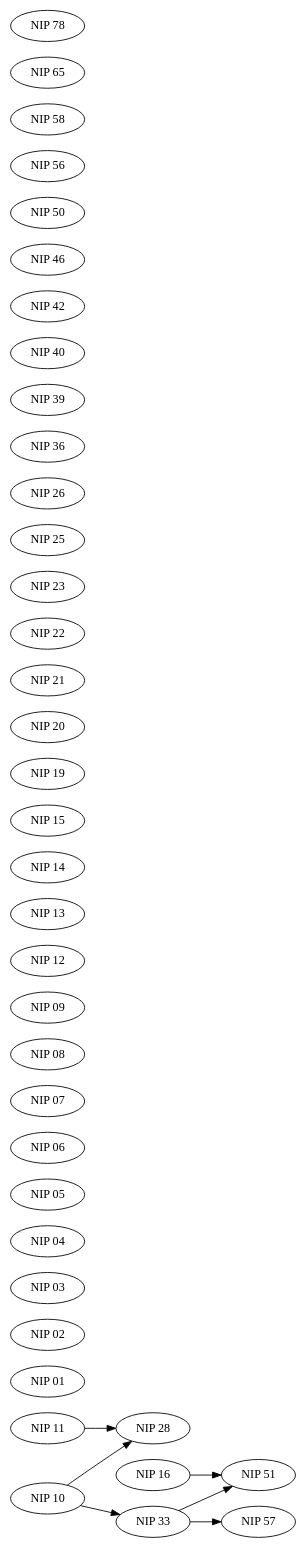
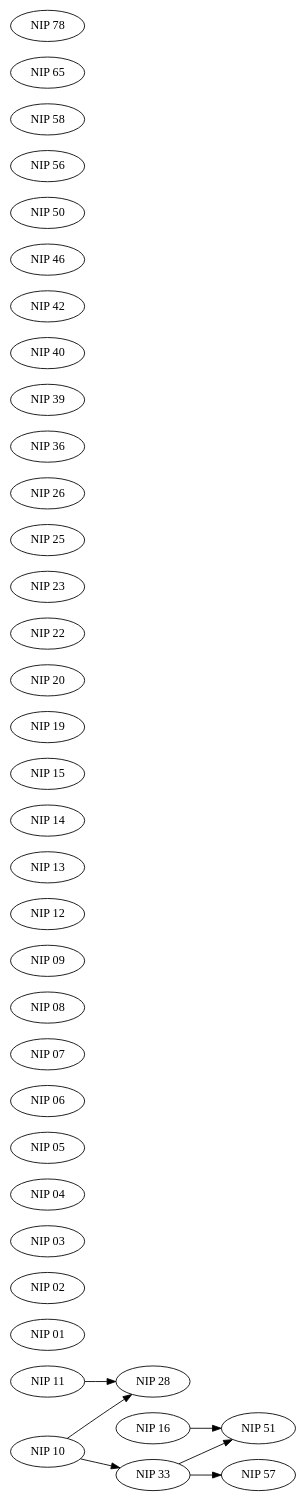
Before and after one commit to pqingshuang/nips: the diagram in tree.dot, drawn with Graphviz.

```diff
--- a/tree.dot
+++ b/tree.dot
@@ -1,39 +1,38 @@
 digraph {
 rankdir=LR
   "NIP 10" -> "NIP 28";
   "NIP 11" -> "NIP 28";
   "NIP 10" -> "NIP 33";
   "NIP 16" -> "NIP 51";
   "NIP 33" -> "NIP 51";
   "NIP 33" -> "NIP 57";
   "NIP 01" [label="NIP 01"];
   "NIP 02" [label="NIP 02"];
   "NIP 03" [label="NIP 03"];
   "NIP 04" [label="NIP 04"];
   "NIP 05" [label="NIP 05"];
   "NIP 06" [label="NIP 06"];
   "NIP 07" [label="NIP 07"];
   "NIP 08" [label="NIP 08"];
   "NIP 09" [label="NIP 09"];
   "NIP 12" [label="NIP 12"];
   "NIP 13" [label="NIP 13"];
   "NIP 14" [label="NIP 14"];
   "NIP 15" [label="NIP 15"];
   "NIP 19" [label="NIP 19"];
   "NIP 20" [label="NIP 20"];
-  "NIP 21" [label="NIP 21"];
   "NIP 22" [label="NIP 22"];
   "NIP 23" [label="NIP 23"];
   "NIP 25" [label="NIP 25"];
   "NIP 26" [label="NIP 26"];
   "NIP 36" [label="NIP 36"];
   "NIP 39" [label="NIP 39"];
   "NIP 40" [label="NIP 40"];
   "NIP 42" [label="NIP 42"];
   "NIP 46" [label="NIP 46"];
   "NIP 50" [label="NIP 50"];
   "NIP 56" [label="NIP 56"];
   "NIP 58" [label="NIP 58"];
   "NIP 65" [label="NIP 65"];
   "NIP 78" [label="NIP 78"];
 }
```
